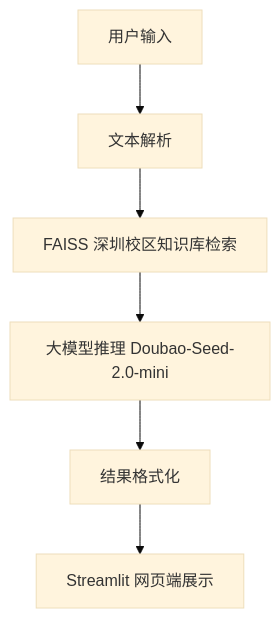
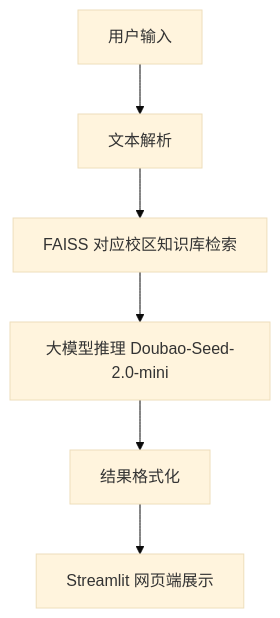
Before and after one commit to HITech-AI/HIT-CampusAI: the diagram in README.md, drawn with Mermaid (base theme). The commit also changed other lines of this file, not shown here.

````diff
--- a/README.md
+++ b/README.md
@@ -30,8 +36,8 @@
 ```mermaid
 graph TD
     A[用户输入] --> B[文本解析]
-    B --> C[FAISS 深圳校区知识库检索]
+    B --> C[FAISS 对应校区知识库检索]
     C --> D[大模型推理 Doubao-Seed-2.0-mini]
     D --> E[结果格式化]
     E --> F[Streamlit 网页端展示]
 ```
````
